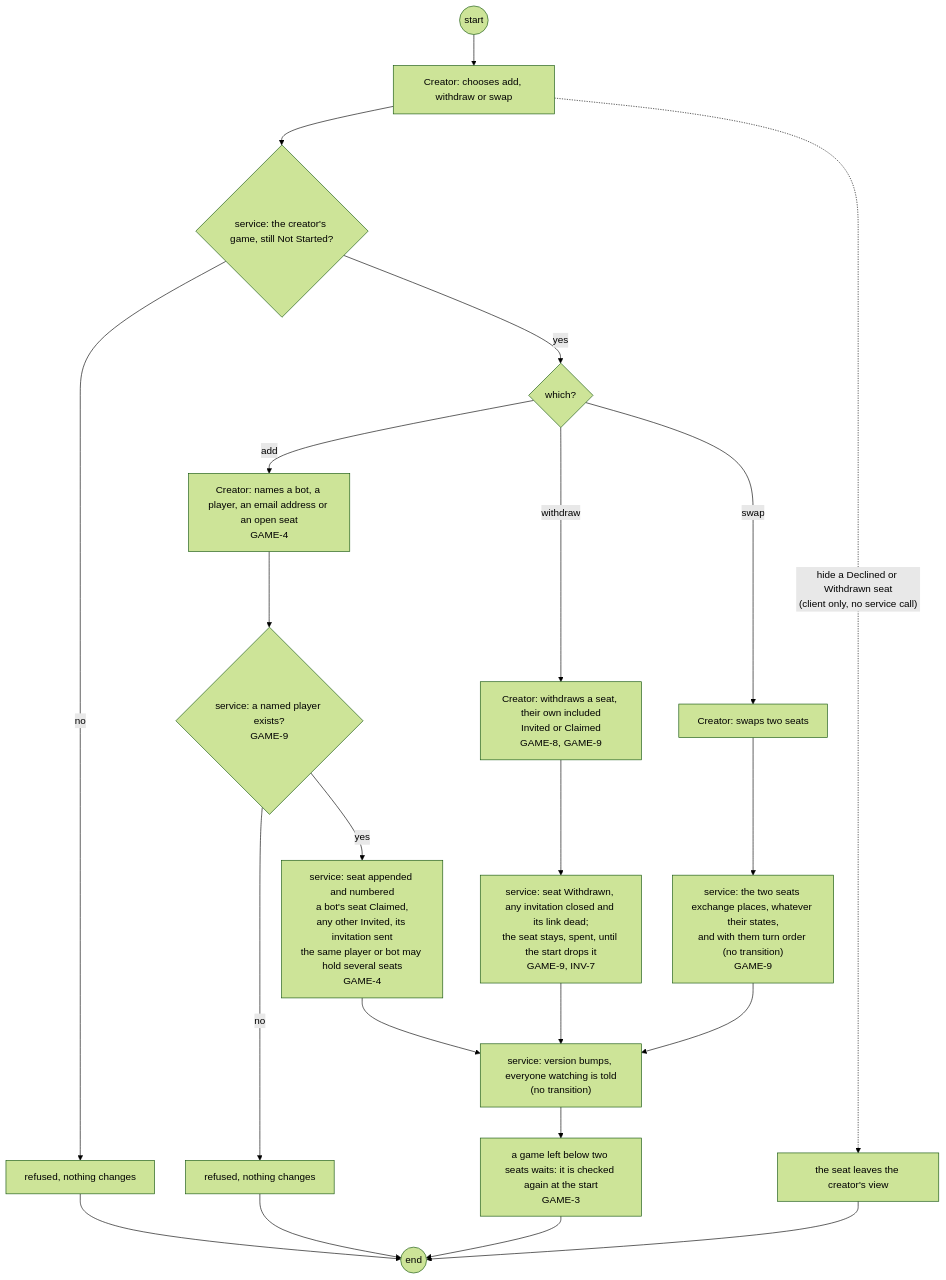
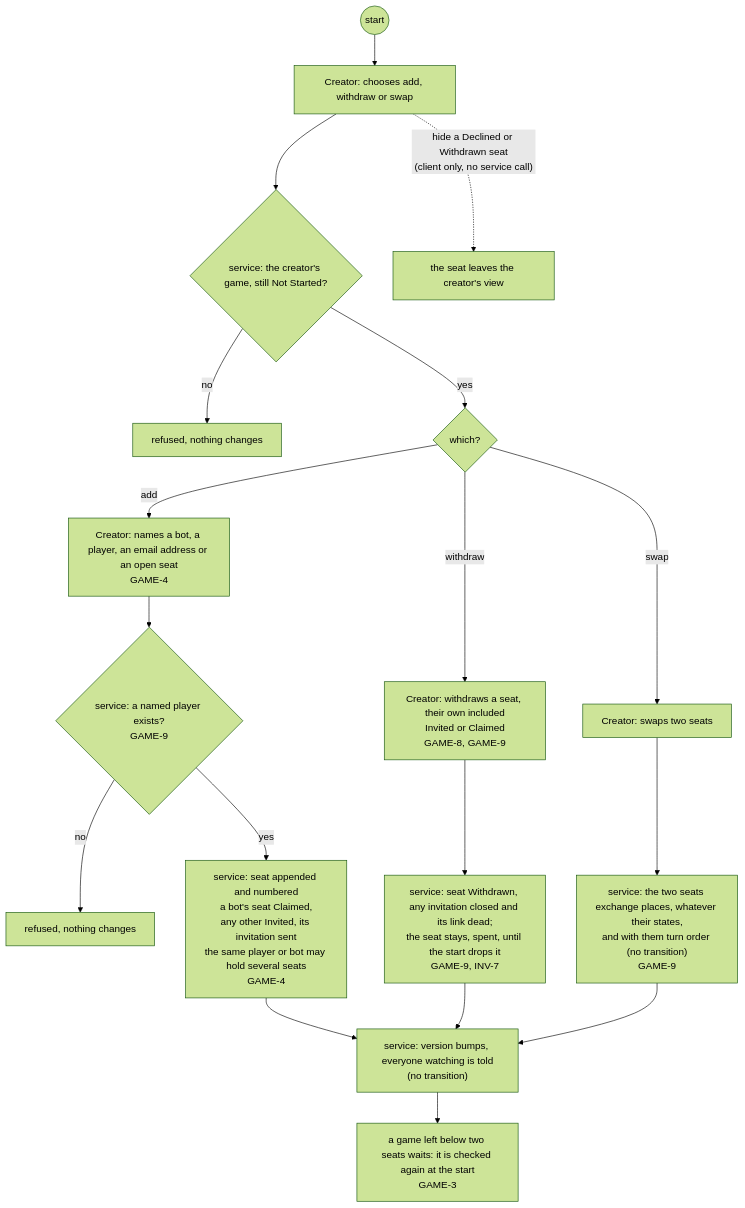
Before and after one commit to delphside/programme: the ninth of 29 diagrams in docs/changes/workstreams/application-game-architecture/71-one-game-model/71-functional.md, drawn with Mermaid (forest theme). The commit also changed other lines of this file, not shown here.

First line of the commit message:
app 0.9.2 api 2.16: 71: activity diagrams drop their explicit end nodes

````diff
--- a/docs/changes/workstreams/application-game-architecture/71-one-game-model/71-functional.md
+++ b/docs/changes/workstreams/application-game-architecture/71-one-game-model/71-functional.md
@@ -211,24 +191,20 @@
 ```mermaid
 flowchart TD
   s0((start)) --> c1["Creator: chooses add, withdraw or swap"]
   c1 --> v1{"service: the creator's game, still Not Started?"}
   v1 -- no --> r1["refused, nothing changes"]
   v1 -- yes --> d0{"which?"}
   d0 -- add --> c2["Creator: names a bot, a player, an email address or an open seat<br/>GAME-4"]
   c2 --> v2{"service: a named player exists?<br/>GAME-9"}
   v2 -- no --> r2["refused, nothing changes"]
   v2 -- yes --> t1["service: seat appended and numbered<br/>a bot's seat Claimed,<br/>any other Invited, its invitation sent<br/>the same player or bot may hold several seats<br/>GAME-4"]
   c1 -. "hide a Declined or Withdrawn seat<br/>(client only, no service call)" .-> h1["the seat leaves the creator's view"]
-  h1 --> e0
   d0 -- withdraw --> c3["Creator: withdraws a seat, their own included<br/>Invited or Claimed<br/>GAME-8, GAME-9"]
   c3 --> t2["service: seat Withdrawn, any invitation closed and its link dead;<br/>the seat stays, spent, until the start drops it<br/>GAME-9, INV-7"]
   d0 -- swap --> c4["Creator: swaps two seats"]
   c4 --> t3["service: the two seats exchange places, whatever their states,<br/>and with them turn order (no transition)<br/>GAME-9"]
   t1 --> t4["service: version bumps, everyone watching is told<br/>(no transition)"]
   t2 --> t4
   t3 --> t4
   t4 --> n0["a game left below two seats waits: it is checked again at the start<br/>GAME-3"]
-  n0 --> e0((end))
-  r1 --> e0
-  r2 --> e0
 ```
````
